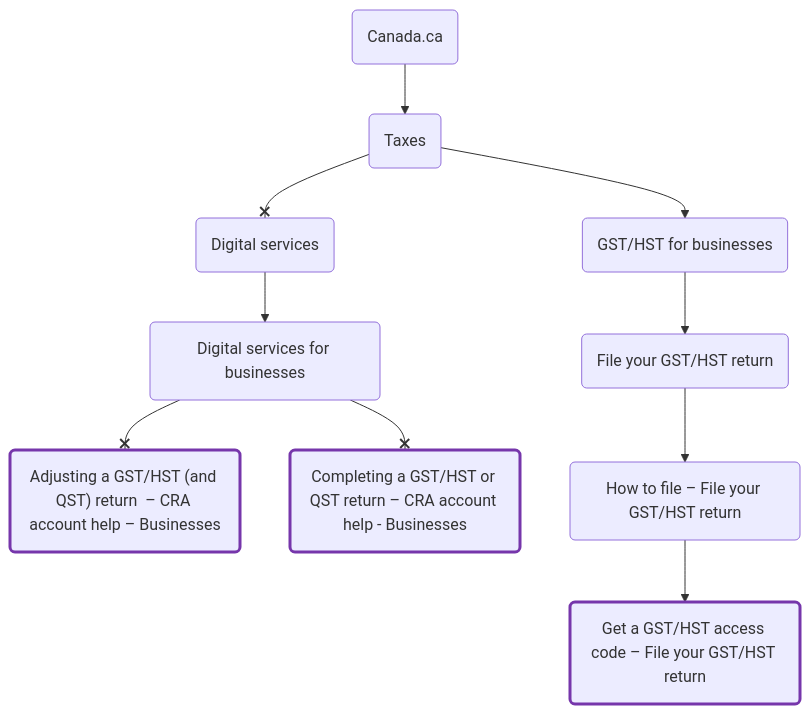
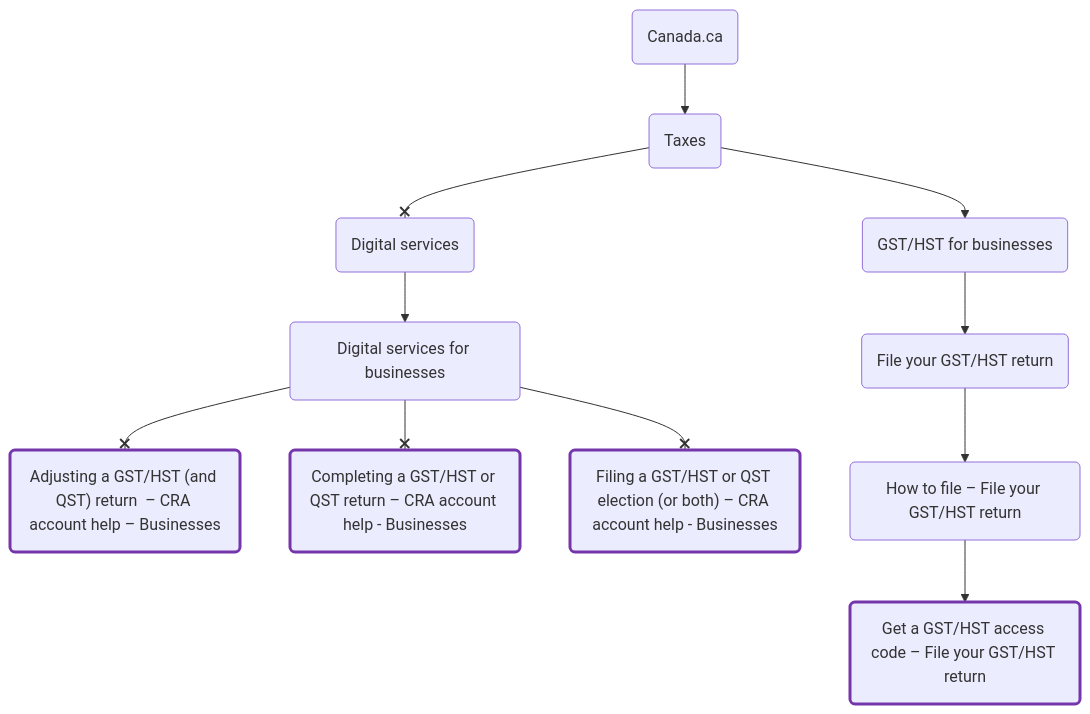
One commit to cra-proto/gst-portal-cop-corrections-2026 changed the diagram in README.md. Above: the diagram before and after it, drawn with Mermaid.

Commit message:
Update README.md (via Design Assistant)

````diff
--- a/README.md
+++ b/README.md
@@ -32,34 +32,37 @@
 ```mermaid
 flowchart TD;
     node1(Canada.ca)
     node2(Taxes)
     node3(Digital services)
     node4(Digital services for businesses)
     node5(Adjusting a GST/HST #40;and QST#41; return  – CRA account help – Businesses)
     node6(Completing a GST/HST or QST return – CRA account help - Businesses)
-    node7(GST/HST for businesses)
-    node8(File your GST/HST return)
-    node9(How to file – File your GST/HST return)
-    node10(Get a GST/HST access code – File your GST/HST return)
+    node7(Filing a GST/HST or QST election #40;or both#41; – CRA account help - Businesses)
+    node8(GST/HST for businesses)
+    node9(File your GST/HST return)
+    node10(How to file – File your GST/HST return)
+    node11(Get a GST/HST access code – File your GST/HST return)
     node1 --> node2
     node2 --x node3
     node3 --> node4
     node4 --x node5
     node4 --x node6
-    node2 --> node7
-    node7 --> node8
+    node4 --x node7
+    node2 --> node8
     node8 --> node9
     node9 --> node10
+    node10 --> node11
     click node1 "https://www.canada.ca/en.html" _blank
     click node2 "https://www.canada.ca/en/services/taxes.html" _blank
     click node3 "https://www.canada.ca/en/revenue-agency/services/e-services.html" _blank
     click node4 "https://www.canada.ca/en/revenue-agency/services/e-services/digital-services-businesses.html" _blank
     click node5 "https://www.canada.ca/en/revenue-agency/services/e-services/digital-services-businesses/business-account/adjust-a-return.html" _blank
     click node6 "https://www.canada.ca/en/revenue-agency/services/e-services/digital-services-businesses/business-account/gst-hst-electronic-filing.html" _blank
-    click node7 "https://www.canada.ca/en/revenue-agency/services/tax/businesses/topics/gst-hst-businesses.html" _blank
-    click node8 "https://www.canada.ca/en/revenue-agency/services/tax/businesses/topics/gst-hst-businesses/file-gst-hst-return.html" _blank
-    click node9 "https://www.canada.ca/en/revenue-agency/services/tax/businesses/topics/gst-hst-businesses/file-gst-hst-return/how-file.html" _blank
-    click node10 "https://www.canada.ca/en/revenue-agency/services/tax/businesses/topics/gst-hst-businesses/file-gst-hst-return/how-file/get-gst-hst-access-code.html" _blank
+    click node7 "https://www.canada.ca/en/revenue-agency/services/e-services/digital-services-businesses/business-account/file-election.html" _blank
+    click node8 "https://www.canada.ca/en/revenue-agency/services/tax/businesses/topics/gst-hst-businesses.html" _blank
+    click node9 "https://www.canada.ca/en/revenue-agency/services/tax/businesses/topics/gst-hst-businesses/file-gst-hst-return.html" _blank
+    click node10 "https://www.canada.ca/en/revenue-agency/services/tax/businesses/topics/gst-hst-businesses/file-gst-hst-return/how-file.html" _blank
+    click node11 "https://www.canada.ca/en/revenue-agency/services/tax/businesses/topics/gst-hst-businesses/file-gst-hst-return/how-file/get-gst-hst-access-code.html" _blank
     classDef inscope stroke:#7636ab,stroke-width:3px
-    class node5,node6,node10 inscope
+    class node5,node6,node7,node11 inscope
 ```
````
